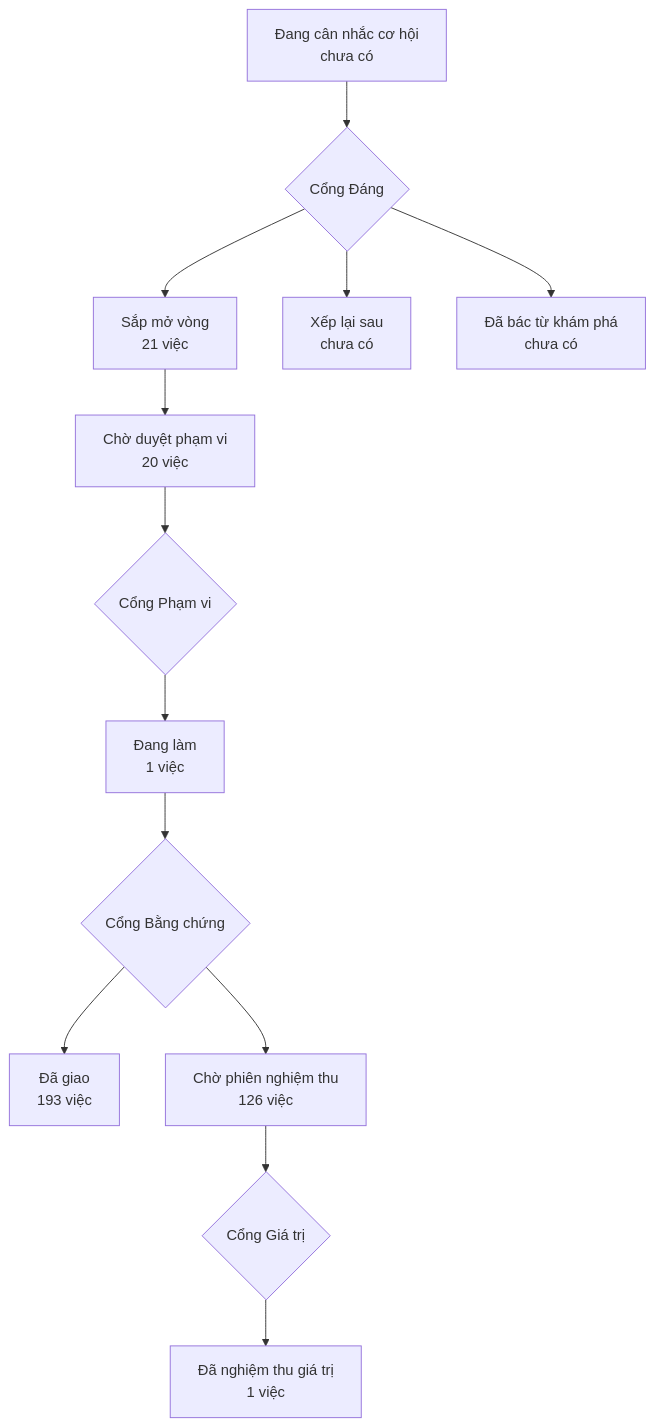
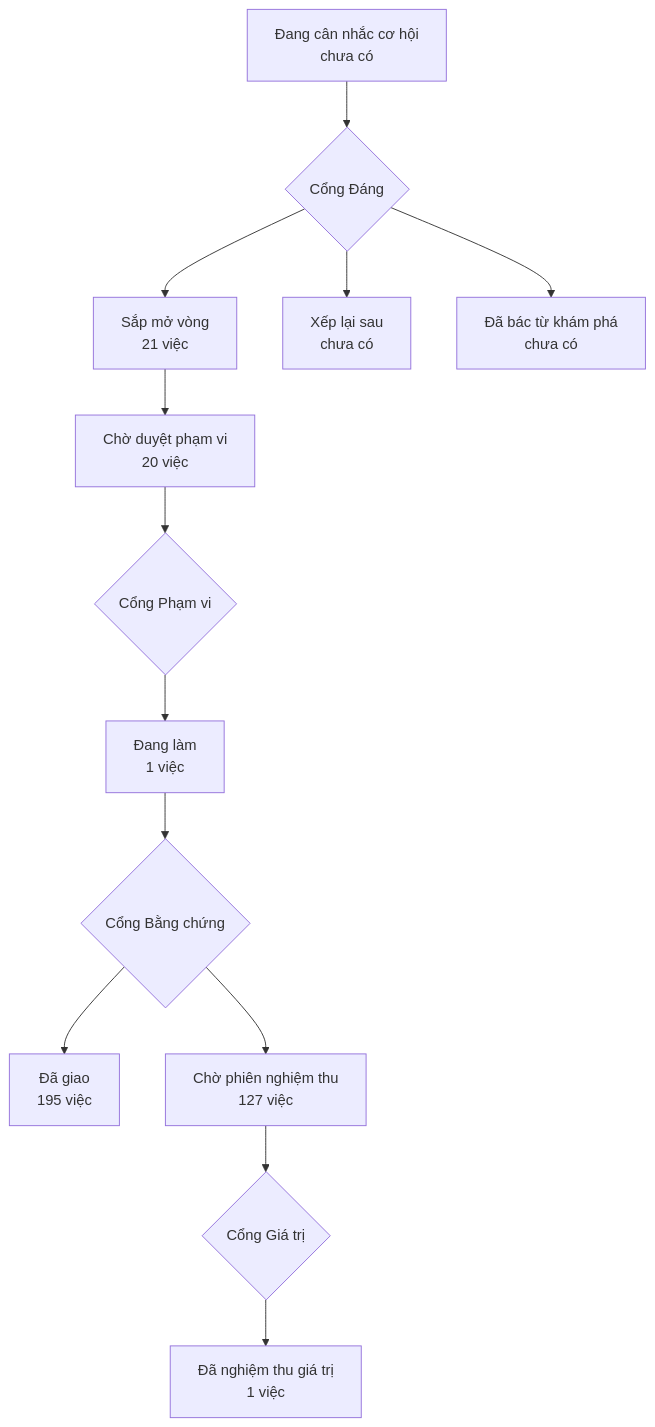
Before and after one commit to phanlemanh/onehub-invest: the diagram in PRODUCT-MAP.md, drawn with Mermaid. The commit also changed other lines of this file and 1 other file, not shown here.

Commit message:
chore: vẽ lại bản đồ sau khi nhận main 1dbf52b2

````diff
--- a/PRODUCT-MAP.md
+++ b/PRODUCT-MAP.md
@@ -7,12 +7,12 @@
 ```mermaid
 flowchart TD
   A["Đang cân nhắc cơ hội<br/>chưa có"] --> GD{"Cổng Đáng"}
   GD --> B["Sắp mở vòng<br/>21 việc"]
   GD --> XL["Xếp lại sau<br/>chưa có"]
   GD --> DB["Đã bác từ khám phá<br/>chưa có"]
   B --> CD["Chờ duyệt phạm vi<br/>20 việc"] --> GP{"Cổng Phạm vi"}
   GP --> DL["Đang làm<br/>1 việc"] --> GB{"Cổng Bằng chứng"}
-  GB --> DG["Đã giao<br/>193 việc"]
-  GB --> CN["Chờ phiên nghiệm thu<br/>126 việc"] --> GG{"Cổng Giá trị"}
+  GB --> DG["Đã giao<br/>195 việc"]
+  GB --> CN["Chờ phiên nghiệm thu<br/>127 việc"] --> GG{"Cổng Giá trị"}
   GG --> NT["Đã nghiệm thu giá trị<br/>1 việc"]
 ```
````
